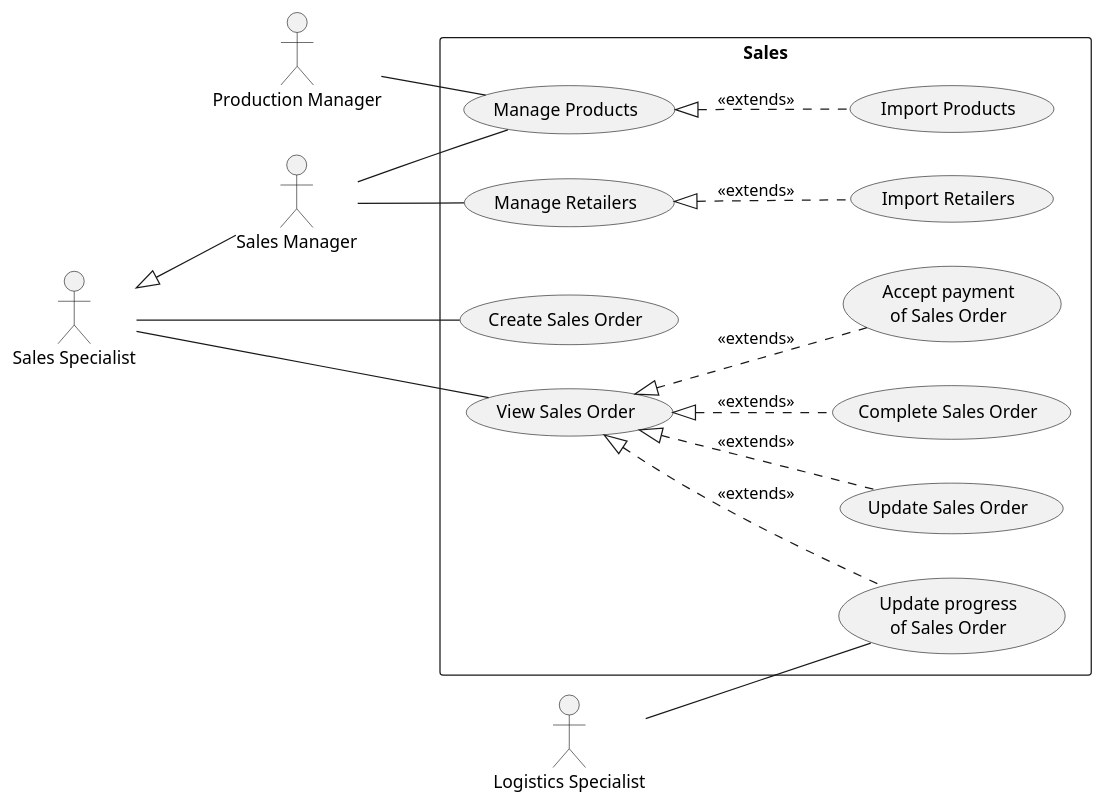
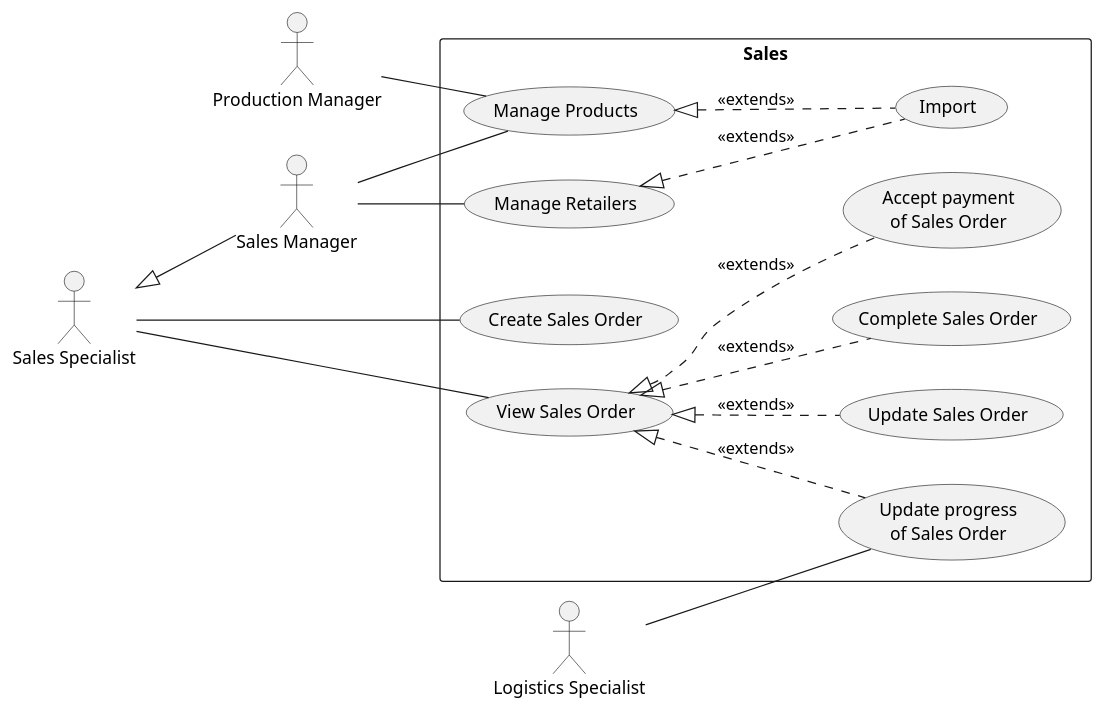
Before and after one commit to phihungha/scmss-reqs: the diagram in use-cases/sales.plantuml, drawn with PlantUML. The commit also changed 7 other files, not shown here.

```diff
--- a/use-cases/sales.plantuml
+++ b/use-cases/sales.plantuml
@@ -1,28 +1,28 @@
 @startuml sales
 left to right direction
 
 
 :Production Manager: as pm
 
 :Sales Specialist: as s
 :Sales Manager: as sm
 s <|-- sm
 
 :Logistics Specialist: as ls
 
 rectangle Sales {
     s -- (Create Sales Order)
     s -- (View Sales Order)
     (View Sales Order) <|.. (Update Sales Order) : <<extends>>
     (View Sales Order) <|.. (Update progress\nof Sales Order) : <<extends>>
     ls -- (Update progress\nof Sales Order)
     (View Sales Order) <|.. (Complete Sales Order) : <<extends>>
     (View Sales Order) <|.. (Accept payment\nof Sales Order) : <<extends>>
 
     pm -- (Manage Products)
     sm -- (Manage Products)
-    (Manage Products) <|.. (Import Products) : <<extends>>
+    (Manage Products) <|.. (Import) : <<extends>>
     sm -- (Manage Retailers)
-    (Manage Retailers) <|.. (Import Retailers) : <<extends>>
+    (Manage Retailers) <|.. (Import) : <<extends>>
 }
 @enduml
```
